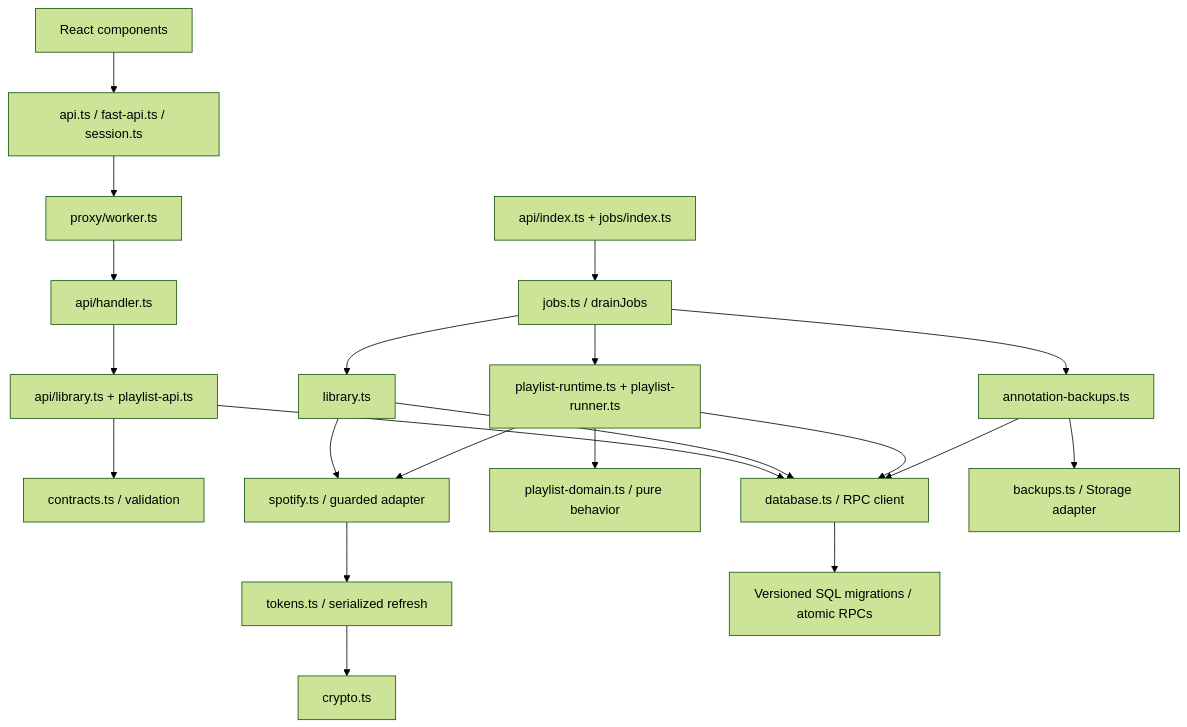
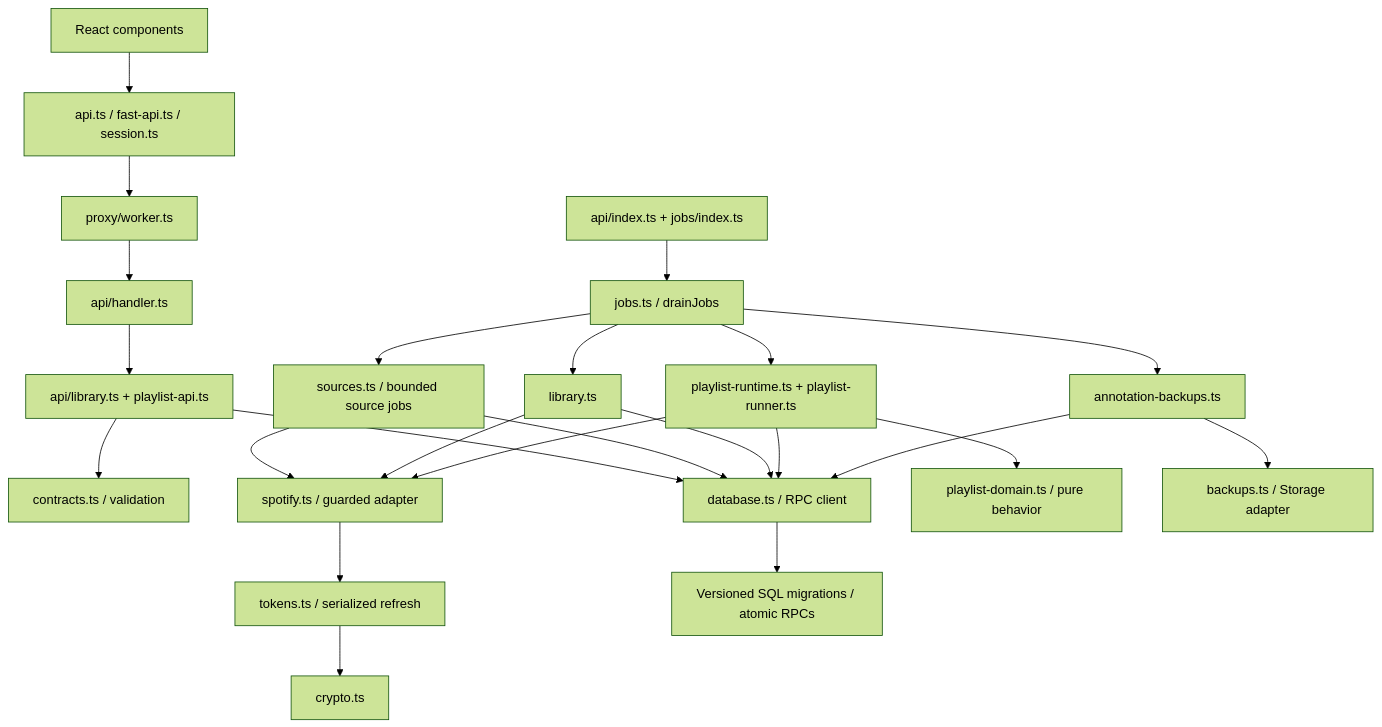
The diagram in docs/architecture/diagrams/02.mmd (CarterKFalkenberg/spotify-plus), drawn with Mermaid (forest theme) before and after one commit. The commit also changed 14 other files, not shown here.

Commit message:
Synchronize architecture handbook walkthrough and rendered source diagrams

```diff
--- a/docs/architecture/diagrams/02.mmd
+++ b/docs/architecture/diagrams/02.mmd
@@ -1,21 +1,24 @@
 flowchart TB
  UI[React components] --> CLIENT[api.ts / fast-api.ts / session.ts]
  CLIENT --> PROXY[proxy/worker.ts]
  PROXY --> HAND[api/handler.ts]
  HAND --> ROUTES[api/library.ts + playlist-api.ts]
  ROUTES --> C[contracts.ts / validation]
  ROUTES --> DB[database.ts / RPC client]
  ENTRY[api/index.ts + jobs/index.ts] --> DRAIN[jobs.ts / drainJobs]
  DRAIN --> LIB[library.ts]
+ DRAIN --> SOURCES[sources.ts / bounded source jobs]
+ SOURCES --> SP
+ SOURCES --> DB
  DRAIN --> PR[playlist-runtime.ts + playlist-runner.ts]
  DRAIN --> BACK[annotation-backups.ts]
  PR --> DOMAIN[playlist-domain.ts / pure behavior]
  LIB --> SP[spotify.ts / guarded adapter]
  PR --> SP
  SP --> TOK[tokens.ts / serialized refresh]
  TOK --> CRYPTO[crypto.ts]
  LIB --> DB
  PR --> DB
  BACK --> DB
  BACK --> STORAGE[backups.ts / Storage adapter]
  DB --> SQL[Versioned SQL migrations / atomic RPCs]
```
